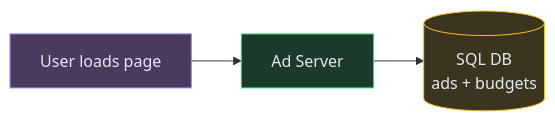
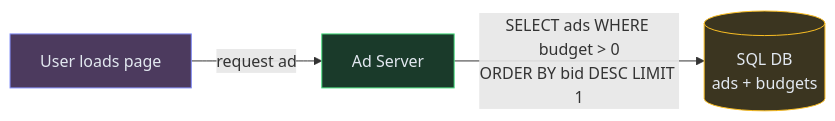
One commit to iluzn/HLD-Designs changed the first of 6 diagrams in content/hld/AdSystem.md. Above: the diagram before and after it, drawn with Mermaid. The commit also changed other lines of this file and 26 other files, not shown here.

````diff
--- a/content/hld/AdSystem.md
+++ b/content/hld/AdSystem.md
@@ -23,13 +25,13 @@
 ```mermaid
 flowchart LR
     USER["User loads page"]:::client
-    API["Ad Server"]:::service
+    ADAPI["Ad Server"]:::service
     DB[("SQL DB<br/>ads + budgets")]:::data
 
-    USER --> API
-    API --> DB
+    USER -->|"request ad"| ADAPI
+    ADAPI -->|"SELECT ads WHERE budget > 0<br/>ORDER BY bid DESC LIMIT 1"| DB
 
     classDef client fill:#4c3a5e,stroke:#818cf8,color:#e2e8f0
     classDef service fill:#1a3a2a,stroke:#4ade80,color:#e2e8f0
     classDef data fill:#3b3520,stroke:#fbbf24,color:#e2e8f0
 ```
````
